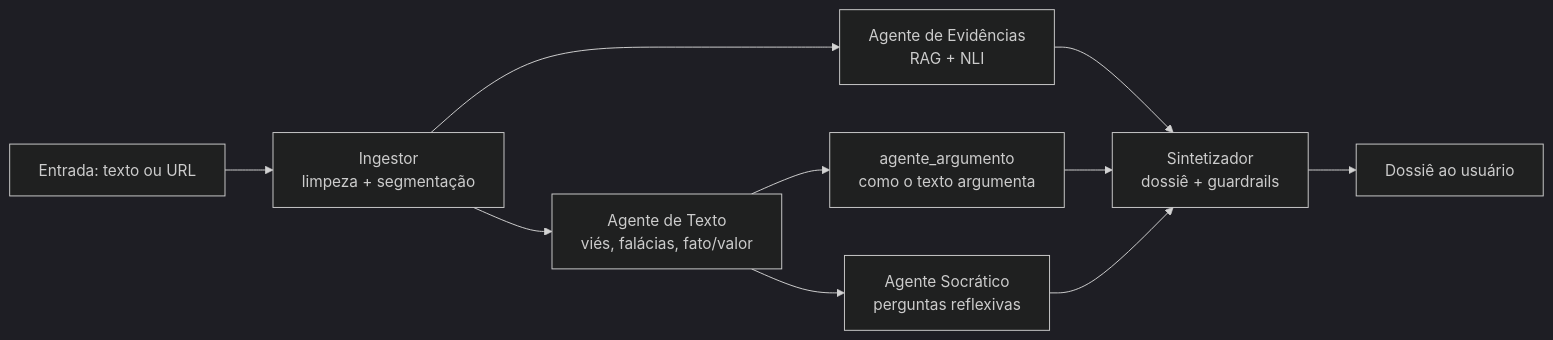
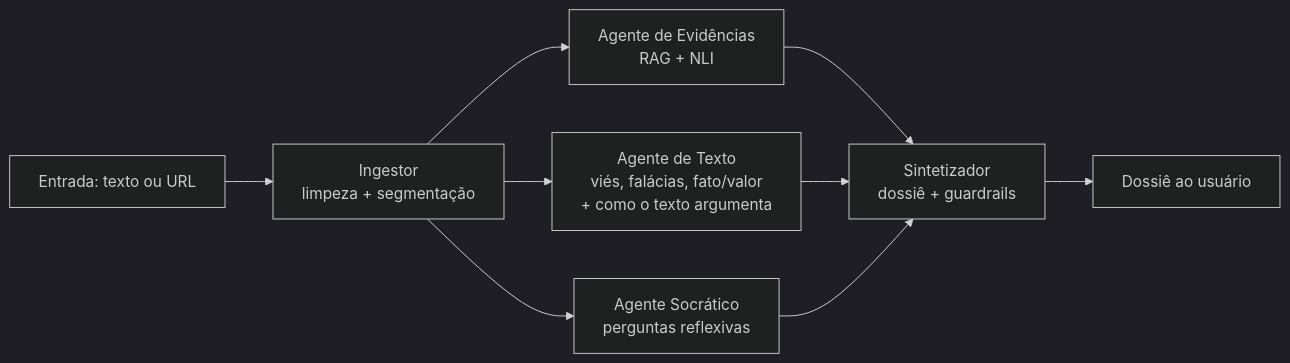
The first of 2 diagrams in docs/Manual do Sistema Multiagente — Avaliação de Confiabilidade da Informação.md (eduarda-ogomes/grupo1_ResIA), drawn with Mermaid (dark theme) before and after one commit. The commit also changed other lines of this file and 30 other files, not shown here.

First line of the commit message:
feat: Evidências, Texto e Socrático em paralelo depois do Ingestor

````diff
--- a/docs/Manual do Sistema Multiagente — Avaliação de Confiabilidade da Informação.md
+++ b/docs/Manual do Sistema Multiagente — Avaliação de Confiabilidade da Informação.md
@@ -66,12 +66,11 @@
 ```mermaid
 flowchart LR
     IN[Entrada: texto ou URL] --> ING[Ingestor<br/>limpeza + segmentação]
     ING --> EV[Agente de Evidências<br/>RAG + NLI]
-    ING --> TX[Agente de Texto<br/>viés, falácias, fato/valor]
-    TX --> AR[agente_argumento<br/>como o texto argumenta]
-    TX --> SO[Agente Socrático<br/>perguntas reflexivas]
+    ING --> TX[Agente de Texto<br/>viés, falácias, fato/valor<br/>+ como o texto argumenta]
+    ING --> SO[Agente Socrático<br/>perguntas reflexivas]
     EV --> SY[Sintetizador<br/>dossiê + guardrails]
-    AR --> SY
+    TX --> SY
     SO --> SY
     SY --> OUT[Dossiê ao usuário]
 ```
````
